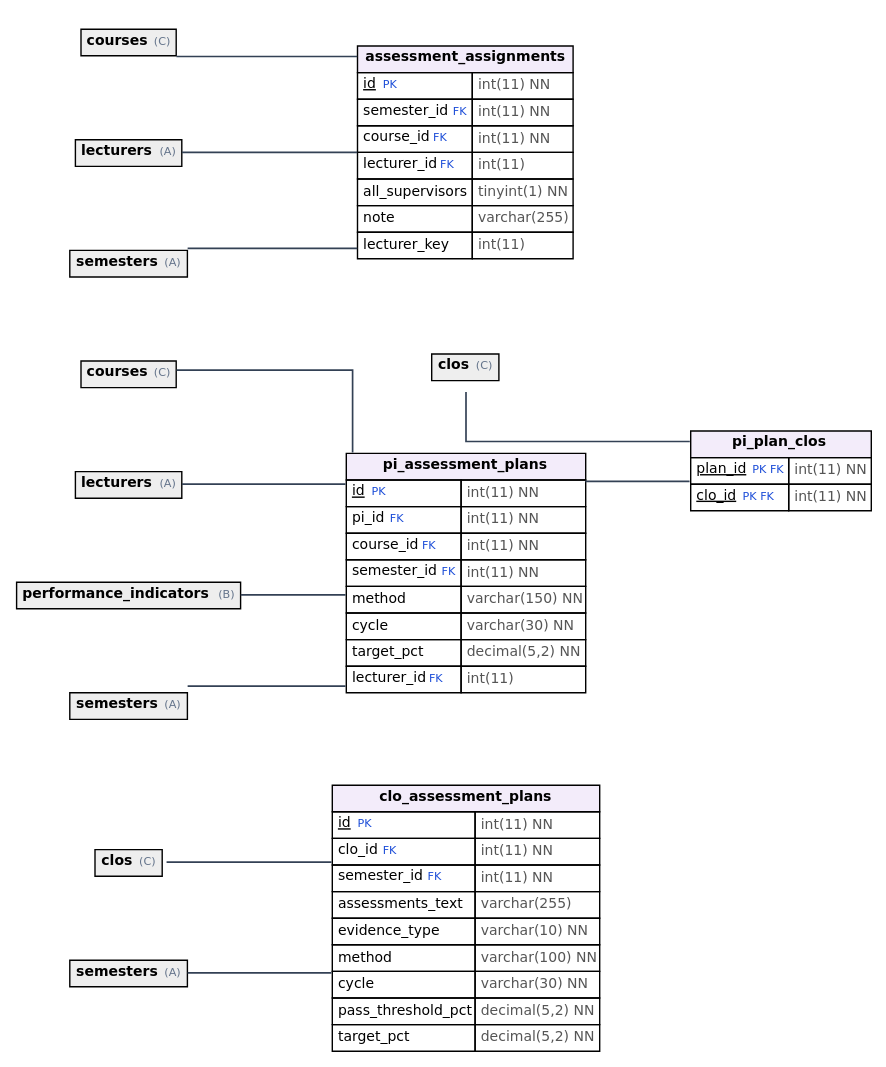
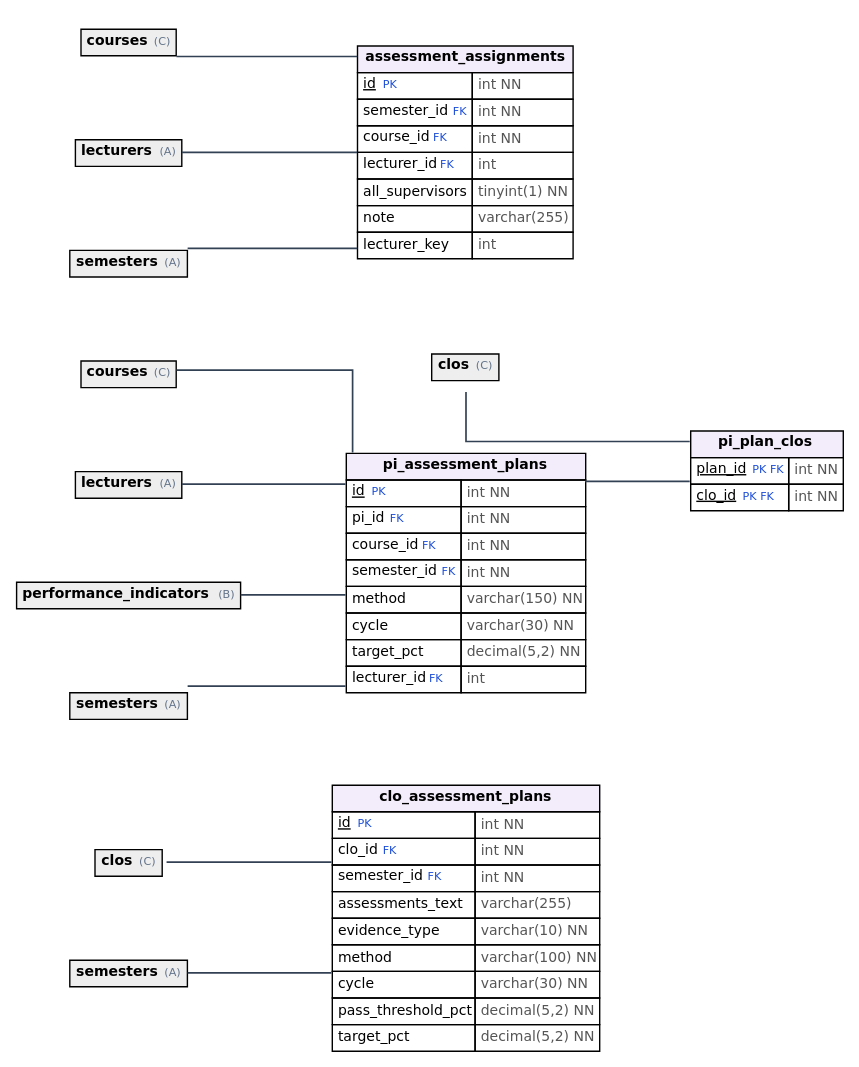
The diagram in docs/diagrams/erd_D.dot (NguyenTanYen/TLCN), drawn with Graphviz before and after one commit. The commit also changed 100 other files, not shown here.

```diff
--- a/docs/diagrams/erd_D.dot
+++ b/docs/diagrams/erd_D.dot
@@ -1,28 +1,28 @@
 digraph G { rankdir=LR; graph [fontname="DejaVu Sans", splines=ortho, nodesep=0.6, ranksep=0.9 ];
 node [shape=none, margin=0, fontname="DejaVu Sans", fontsize=10]; edge [color="#334155", penwidth=1.2, dir=none];
-"clo_assessment_plans" [label=<<table border="0" cellborder="1" cellspacing="0" cellpadding="3"><tr><td bgcolor="#F3ECFA" colspan="2"><b>clo_assessment_plans</b></td></tr><tr><td align="left" port="id"><u>id</u> <font color="#1d4ed8" point-size="8">PK</font></td><td align="left"><font color="#555555">int(11) NN</font></td></tr><tr><td align="left" port="clo_id">clo_id <font color="#1d4ed8" point-size="8">FK</font></td><td align="left"><font color="#555555">int(11) NN</font></td></tr><tr><td align="left" port="semester_id">semester_id <font color="#1d4ed8" point-size="8">FK</font></td><td align="left"><font color="#555555">int(11) NN</font></td></tr><tr><td align="left" port="assessments_text">assessments_text</td><td align="left"><font color="#555555">varchar(255)</font></td></tr><tr><td align="left" port="evidence_type">evidence_type</td><td align="left"><font color="#555555">varchar(10) NN</font></td></tr><tr><td align="left" port="method">method</td><td align="left"><font color="#555555">varchar(100) NN</font></td></tr><tr><td align="left" port="cycle">cycle</td><td align="left"><font color="#555555">varchar(30) NN</font></td></tr><tr><td align="left" port="pass_threshold_pct">pass_threshold_pct</td><td align="left"><font color="#555555">decimal(5,2) NN</font></td></tr><tr><td align="left" port="target_pct">target_pct</td><td align="left"><font color="#555555">decimal(5,2) NN</font></td></tr></table>>];
-"pi_assessment_plans" [label=<<table border="0" cellborder="1" cellspacing="0" cellpadding="3"><tr><td bgcolor="#F3ECFA" colspan="2"><b>pi_assessment_plans</b></td></tr><tr><td align="left" port="id"><u>id</u> <font color="#1d4ed8" point-size="8">PK</font></td><td align="left"><font color="#555555">int(11) NN</font></td></tr><tr><td align="left" port="pi_id">pi_id <font color="#1d4ed8" point-size="8">FK</font></td><td align="left"><font color="#555555">int(11) NN</font></td></tr><tr><td align="left" port="course_id">course_id <font color="#1d4ed8" point-size="8">FK</font></td><td align="left"><font color="#555555">int(11) NN</font></td></tr><tr><td align="left" port="semester_id">semester_id <font color="#1d4ed8" point-size="8">FK</font></td><td align="left"><font color="#555555">int(11) NN</font></td></tr><tr><td align="left" port="method">method</td><td align="left"><font color="#555555">varchar(150) NN</font></td></tr><tr><td align="left" port="cycle">cycle</td><td align="left"><font color="#555555">varchar(30) NN</font></td></tr><tr><td align="left" port="target_pct">target_pct</td><td align="left"><font color="#555555">decimal(5,2) NN</font></td></tr><tr><td align="left" port="lecturer_id">lecturer_id <font color="#1d4ed8" point-size="8">FK</font></td><td align="left"><font color="#555555">int(11)</font></td></tr></table>>];
-"pi_plan_clos" [label=<<table border="0" cellborder="1" cellspacing="0" cellpadding="3"><tr><td bgcolor="#F3ECFA" colspan="2"><b>pi_plan_clos</b></td></tr><tr><td align="left" port="plan_id"><u>plan_id</u> <font color="#1d4ed8" point-size="8">PK FK</font></td><td align="left"><font color="#555555">int(11) NN</font></td></tr><tr><td align="left" port="clo_id"><u>clo_id</u> <font color="#1d4ed8" point-size="8">PK FK</font></td><td align="left"><font color="#555555">int(11) NN</font></td></tr></table>>];
-"assessment_assignments" [label=<<table border="0" cellborder="1" cellspacing="0" cellpadding="3"><tr><td bgcolor="#F3ECFA" colspan="2"><b>assessment_assignments</b></td></tr><tr><td align="left" port="id"><u>id</u> <font color="#1d4ed8" point-size="8">PK</font></td><td align="left"><font color="#555555">int(11) NN</font></td></tr><tr><td align="left" port="semester_id">semester_id <font color="#1d4ed8" point-size="8">FK</font></td><td align="left"><font color="#555555">int(11) NN</font></td></tr><tr><td align="left" port="course_id">course_id <font color="#1d4ed8" point-size="8">FK</font></td><td align="left"><font color="#555555">int(11) NN</font></td></tr><tr><td align="left" port="lecturer_id">lecturer_id <font color="#1d4ed8" point-size="8">FK</font></td><td align="left"><font color="#555555">int(11)</font></td></tr><tr><td align="left" port="all_supervisors">all_supervisors</td><td align="left"><font color="#555555">tinyint(1) NN</font></td></tr><tr><td align="left" port="note">note</td><td align="left"><font color="#555555">varchar(255)</font></td></tr><tr><td align="left" port="lecturer_key">lecturer_key</td><td align="left"><font color="#555555">int(11)</font></td></tr></table>>];
+"clo_assessment_plans" [label=<<table border="0" cellborder="1" cellspacing="0" cellpadding="3"><tr><td bgcolor="#F3ECFA" colspan="2"><b>clo_assessment_plans</b></td></tr><tr><td align="left" port="id"><u>id</u> <font color="#1d4ed8" point-size="8">PK</font></td><td align="left"><font color="#555555">int NN</font></td></tr><tr><td align="left" port="clo_id">clo_id <font color="#1d4ed8" point-size="8">FK</font></td><td align="left"><font color="#555555">int NN</font></td></tr><tr><td align="left" port="semester_id">semester_id <font color="#1d4ed8" point-size="8">FK</font></td><td align="left"><font color="#555555">int NN</font></td></tr><tr><td align="left" port="assessments_text">assessments_text</td><td align="left"><font color="#555555">varchar(255)</font></td></tr><tr><td align="left" port="evidence_type">evidence_type</td><td align="left"><font color="#555555">varchar(10) NN</font></td></tr><tr><td align="left" port="method">method</td><td align="left"><font color="#555555">varchar(100) NN</font></td></tr><tr><td align="left" port="cycle">cycle</td><td align="left"><font color="#555555">varchar(30) NN</font></td></tr><tr><td align="left" port="pass_threshold_pct">pass_threshold_pct</td><td align="left"><font color="#555555">decimal(5,2) NN</font></td></tr><tr><td align="left" port="target_pct">target_pct</td><td align="left"><font color="#555555">decimal(5,2) NN</font></td></tr></table>>];
+"pi_assessment_plans" [label=<<table border="0" cellborder="1" cellspacing="0" cellpadding="3"><tr><td bgcolor="#F3ECFA" colspan="2"><b>pi_assessment_plans</b></td></tr><tr><td align="left" port="id"><u>id</u> <font color="#1d4ed8" point-size="8">PK</font></td><td align="left"><font color="#555555">int NN</font></td></tr><tr><td align="left" port="pi_id">pi_id <font color="#1d4ed8" point-size="8">FK</font></td><td align="left"><font color="#555555">int NN</font></td></tr><tr><td align="left" port="course_id">course_id <font color="#1d4ed8" point-size="8">FK</font></td><td align="left"><font color="#555555">int NN</font></td></tr><tr><td align="left" port="semester_id">semester_id <font color="#1d4ed8" point-size="8">FK</font></td><td align="left"><font color="#555555">int NN</font></td></tr><tr><td align="left" port="method">method</td><td align="left"><font color="#555555">varchar(150) NN</font></td></tr><tr><td align="left" port="cycle">cycle</td><td align="left"><font color="#555555">varchar(30) NN</font></td></tr><tr><td align="left" port="target_pct">target_pct</td><td align="left"><font color="#555555">decimal(5,2) NN</font></td></tr><tr><td align="left" port="lecturer_id">lecturer_id <font color="#1d4ed8" point-size="8">FK</font></td><td align="left"><font color="#555555">int</font></td></tr></table>>];
+"pi_plan_clos" [label=<<table border="0" cellborder="1" cellspacing="0" cellpadding="3"><tr><td bgcolor="#F3ECFA" colspan="2"><b>pi_plan_clos</b></td></tr><tr><td align="left" port="plan_id"><u>plan_id</u> <font color="#1d4ed8" point-size="8">PK FK</font></td><td align="left"><font color="#555555">int NN</font></td></tr><tr><td align="left" port="clo_id"><u>clo_id</u> <font color="#1d4ed8" point-size="8">PK FK</font></td><td align="left"><font color="#555555">int NN</font></td></tr></table>>];
+"assessment_assignments" [label=<<table border="0" cellborder="1" cellspacing="0" cellpadding="3"><tr><td bgcolor="#F3ECFA" colspan="2"><b>assessment_assignments</b></td></tr><tr><td align="left" port="id"><u>id</u> <font color="#1d4ed8" point-size="8">PK</font></td><td align="left"><font color="#555555">int NN</font></td></tr><tr><td align="left" port="semester_id">semester_id <font color="#1d4ed8" point-size="8">FK</font></td><td align="left"><font color="#555555">int NN</font></td></tr><tr><td align="left" port="course_id">course_id <font color="#1d4ed8" point-size="8">FK</font></td><td align="left"><font color="#555555">int NN</font></td></tr><tr><td align="left" port="lecturer_id">lecturer_id <font color="#1d4ed8" point-size="8">FK</font></td><td align="left"><font color="#555555">int</font></td></tr><tr><td align="left" port="all_supervisors">all_supervisors</td><td align="left"><font color="#555555">tinyint(1) NN</font></td></tr><tr><td align="left" port="note">note</td><td align="left"><font color="#555555">varchar(255)</font></td></tr><tr><td align="left" port="lecturer_key">lecturer_key</td><td align="left"><font color="#555555">int</font></td></tr></table>>];
 "clos@clo_assessment_plans" [label=<<table border="0" cellborder="1" cellspacing="0" cellpadding="3"><tr><td bgcolor="#EEEEEE" colspan="2"><b>clos</b> <font point-size="8" color="#64748b">(C)</font></td></tr></table>>];
 "clos@pi_plan_clos" [label=<<table border="0" cellborder="1" cellspacing="0" cellpadding="3"><tr><td bgcolor="#EEEEEE" colspan="2"><b>clos</b> <font point-size="8" color="#64748b">(C)</font></td></tr></table>>];
 "courses@assessment_assignments" [label=<<table border="0" cellborder="1" cellspacing="0" cellpadding="3"><tr><td bgcolor="#EEEEEE" colspan="2"><b>courses</b> <font point-size="8" color="#64748b">(C)</font></td></tr></table>>];
 "courses@pi_assessment_plans" [label=<<table border="0" cellborder="1" cellspacing="0" cellpadding="3"><tr><td bgcolor="#EEEEEE" colspan="2"><b>courses</b> <font point-size="8" color="#64748b">(C)</font></td></tr></table>>];
 "lecturers@assessment_assignments" [label=<<table border="0" cellborder="1" cellspacing="0" cellpadding="3"><tr><td bgcolor="#EEEEEE" colspan="2"><b>lecturers</b> <font point-size="8" color="#64748b">(A)</font></td></tr></table>>];
 "lecturers@pi_assessment_plans" [label=<<table border="0" cellborder="1" cellspacing="0" cellpadding="3"><tr><td bgcolor="#EEEEEE" colspan="2"><b>lecturers</b> <font point-size="8" color="#64748b">(A)</font></td></tr></table>>];
 "performance_indicators@pi_assessment_plans" [label=<<table border="0" cellborder="1" cellspacing="0" cellpadding="3"><tr><td bgcolor="#EEEEEE" colspan="2"><b>performance_indicators</b> <font point-size="8" color="#64748b">(B)</font></td></tr></table>>];
 "semesters@assessment_assignments" [label=<<table border="0" cellborder="1" cellspacing="0" cellpadding="3"><tr><td bgcolor="#EEEEEE" colspan="2"><b>semesters</b> <font point-size="8" color="#64748b">(A)</font></td></tr></table>>];
 "semesters@clo_assessment_plans" [label=<<table border="0" cellborder="1" cellspacing="0" cellpadding="3"><tr><td bgcolor="#EEEEEE" colspan="2"><b>semesters</b> <font point-size="8" color="#64748b">(A)</font></td></tr></table>>];
 "semesters@pi_assessment_plans" [label=<<table border="0" cellborder="1" cellspacing="0" cellpadding="3"><tr><td bgcolor="#EEEEEE" colspan="2"><b>semesters</b> <font point-size="8" color="#64748b">(A)</font></td></tr></table>>];
+"courses@assessment_assignments" -> "assessment_assignments" [id="fk__courses@assessment_assignments__assessment_assignments__course_id"];
+"lecturers@assessment_assignments" -> "assessment_assignments" [id="fk__lecturers@assessment_assignments__assessment_assignments__lecturer_id"];
+"semesters@assessment_assignments" -> "assessment_assignments" [id="fk__semesters@assessment_assignments__assessment_assignments__semester_id"];
+"clos@clo_assessment_plans" -> "clo_assessment_plans" [id="fk__clos@clo_assessment_plans__clo_assessment_plans__clo_id"];
+"semesters@clo_assessment_plans" -> "clo_assessment_plans" [id="fk__semesters@clo_assessment_plans__clo_assessment_plans__semester_id"];
 "courses@pi_assessment_plans" -> "pi_assessment_plans" [id="fk__courses@pi_assessment_plans__pi_assessment_plans__course_id"];
 "lecturers@pi_assessment_plans" -> "pi_assessment_plans" [id="fk__lecturers@pi_assessment_plans__pi_assessment_plans__lecturer_id"];
 "performance_indicators@pi_assessment_plans" -> "pi_assessment_plans" [id="fk__performance_indicators@pi_assessment_plans__pi_assessment_plans__pi_id"];
 "semesters@pi_assessment_plans" -> "pi_assessment_plans" [id="fk__semesters@pi_assessment_plans__pi_assessment_plans__semester_id"];
-"clos@clo_assessment_plans" -> "clo_assessment_plans" [id="fk__clos@clo_assessment_plans__clo_assessment_plans__clo_id"];
-"semesters@clo_assessment_plans" -> "clo_assessment_plans" [id="fk__semesters@clo_assessment_plans__clo_assessment_plans__semester_id"];
-"courses@assessment_assignments" -> "assessment_assignments" [id="fk__courses@assessment_assignments__assessment_assignments__course_id"];
-"lecturers@assessment_assignments" -> "assessment_assignments" [id="fk__lecturers@assessment_assignments__assessment_assignments__lecturer_id"];
-"semesters@assessment_assignments" -> "assessment_assignments" [id="fk__semesters@assessment_assignments__assessment_assignments__semester_id"];
 "clos@pi_plan_clos" -> "pi_plan_clos" [id="fk__clos@pi_plan_clos__pi_plan_clos__clo_id"];
 "pi_assessment_plans" -> "pi_plan_clos" [id="fk__pi_assessment_plans__pi_plan_clos__plan_id"];
 }
```
